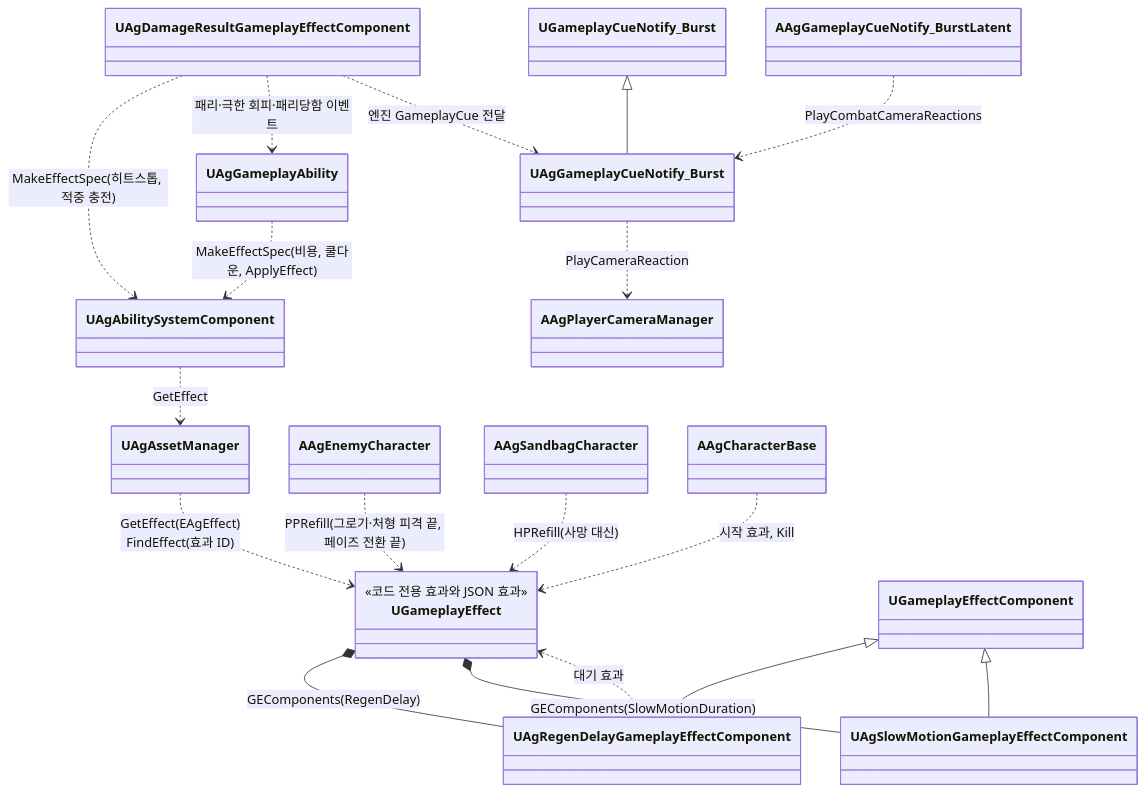
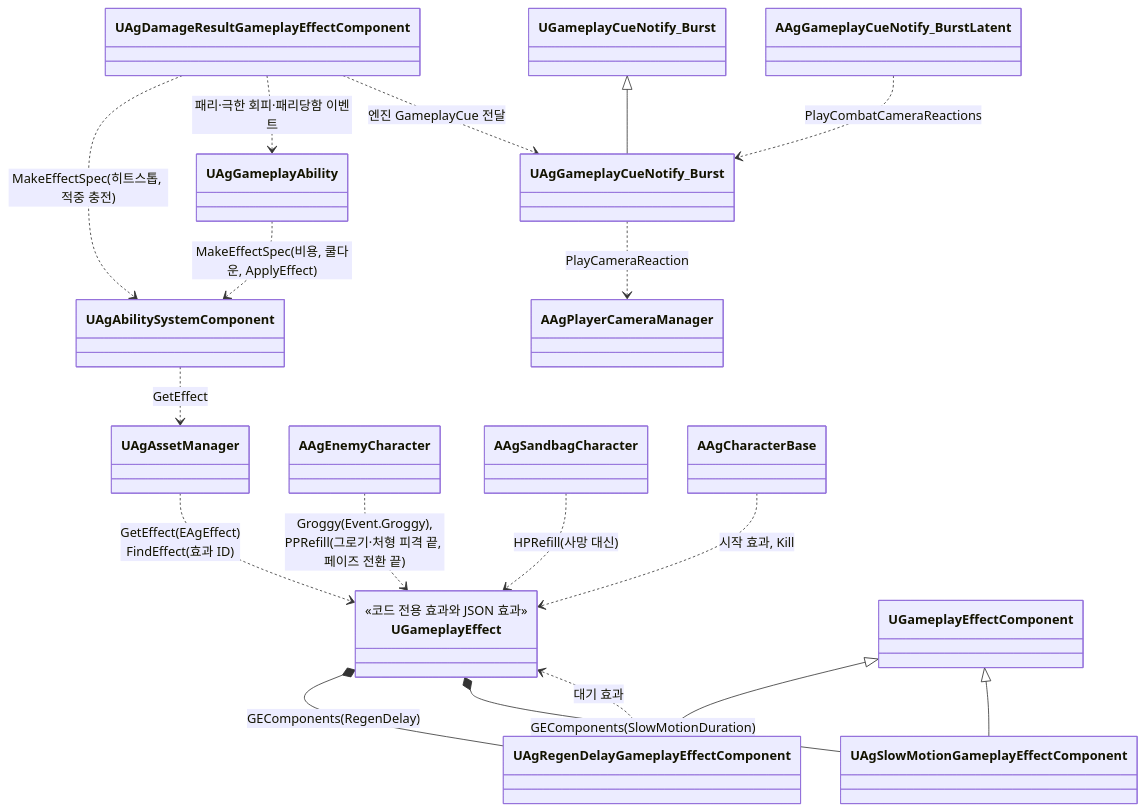
One commit to Woogl/Ag changed the sixth of 6 diagrams in Docs/Architecture/캐릭터 기반 구조와 GAS.md. Above: the diagram before and after it, drawn with Mermaid. The commit also changed other lines of this file and 11 other files, not shown here.

````diff
--- a/Docs/Architecture/캐릭터 기반 구조와 GAS.md
+++ b/Docs/Architecture/캐릭터 기반 구조와 GAS.md
@@ -244,24 +247,24 @@
 ```mermaid
 classDiagram
     direction TB
     class UGameplayEffect {
         <<코드 전용 효과와 JSON 효과>>
     }
     UAgAssetManager ..> UGameplayEffect : GetEffect(EAgEffect)<br>FindEffect(효과 ID)
     UGameplayEffectComponent <|-- UAgRegenDelayGameplayEffectComponent
     UGameplayEffect *-- UAgRegenDelayGameplayEffectComponent : GEComponents(RegenDelay)
     UAgRegenDelayGameplayEffectComponent ..> UGameplayEffect : 대기 효과
     UGameplayEffectComponent <|-- UAgSlowMotionGameplayEffectComponent
     UGameplayEffect *-- UAgSlowMotionGameplayEffectComponent : GEComponents(SlowMotionDuration)
     UAgAbilitySystemComponent ..> UAgAssetManager : GetEffect
     UAgGameplayAbility ..> UAgAbilitySystemComponent : MakeEffectSpec(비용, 쿨다운, ApplyEffect)
     UAgDamageResultGameplayEffectComponent ..> UAgAbilitySystemComponent : MakeEffectSpec(히트스톱, 적중 충전)
     UAgDamageResultGameplayEffectComponent ..> UAgGameplayAbility : 패리·극한 회피·패리당함 이벤트
     UGameplayCueNotify_Burst <|-- UAgGameplayCueNotify_Burst
     UAgDamageResultGameplayEffectComponent ..> UAgGameplayCueNotify_Burst : 엔진 GameplayCue 전달
     AAgGameplayCueNotify_BurstLatent ..> UAgGameplayCueNotify_Burst : PlayCombatCameraReactions
     UAgGameplayCueNotify_Burst ..> AAgPlayerCameraManager : PlayCameraReaction
-    AAgEnemyCharacter ..> UGameplayEffect : PPRefill(그로기·처형 피격 끝, 페이즈 전환 끝)
+    AAgEnemyCharacter ..> UGameplayEffect : Groggy(Event.Groggy),<br>PPRefill(그로기·처형 피격 끝, 페이즈 전환 끝)
     AAgSandbagCharacter ..> UGameplayEffect : HPRefill(사망 대신)
     AAgCharacterBase ..> UGameplayEffect : 시작 효과, Kill
 ```
````
